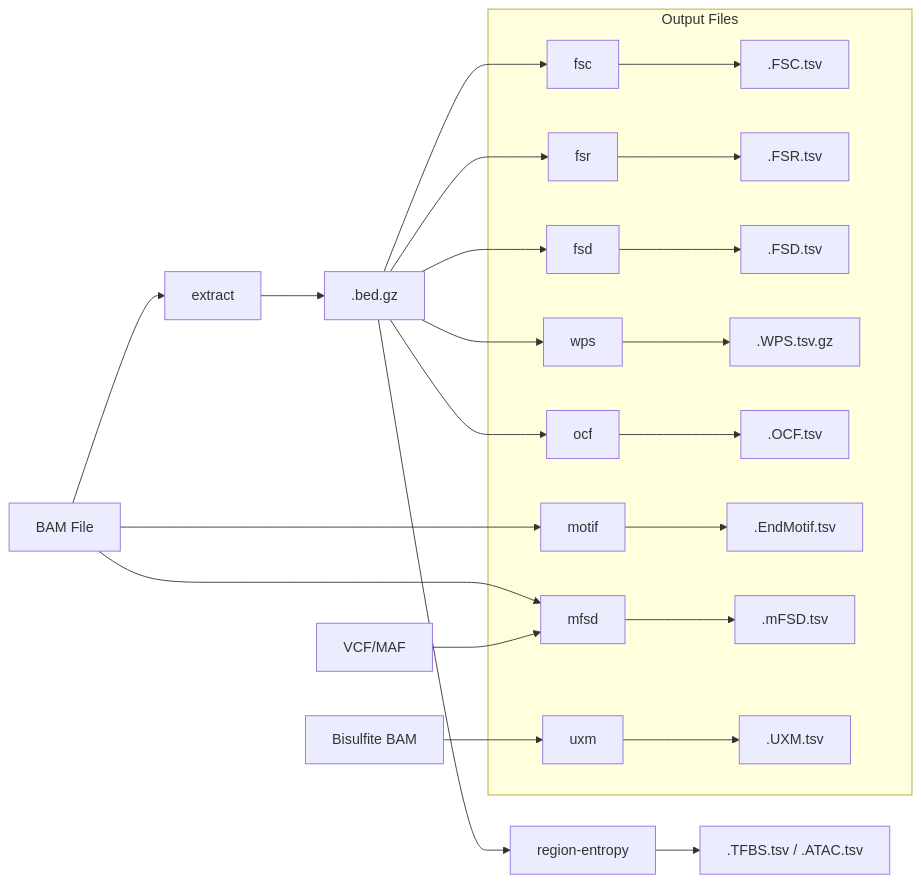
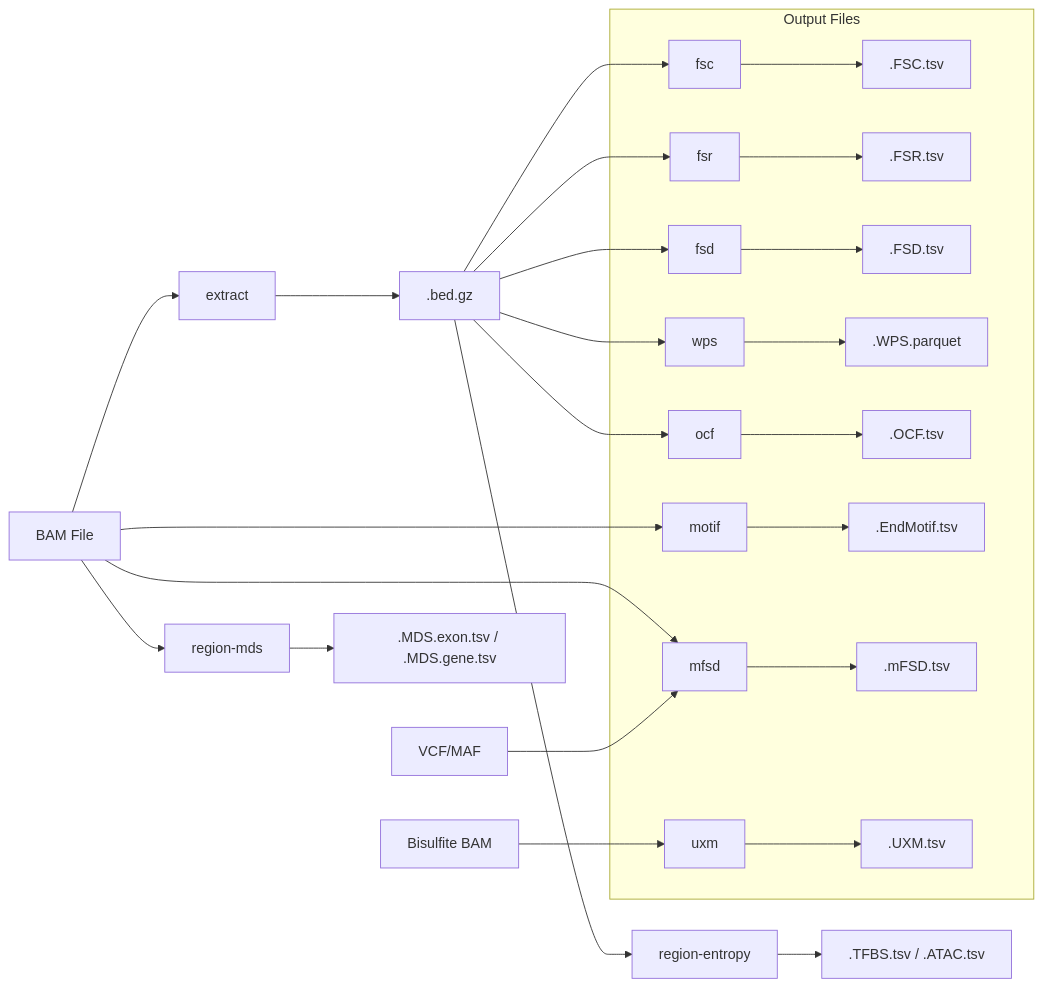
The diagram in docs/features/index.md (msk-access/krewlyzer), drawn with Mermaid before and after one commit. The commit also changed other lines of this file and 115 other files, not shown here.

````diff
--- a/docs/features/index.md
+++ b/docs/features/index.md
@@ -25,31 +25,33 @@
 ```mermaid
 flowchart LR
     BAM[BAM File] --> extract
     extract --> BED[.bed.gz]
     BAM --> motif
     
     BED --> fsc
     BED --> fsr
     BED --> fsd
     BED --> wps
     BED --> ocf
     
     BAM --> mfsd
     VCF[VCF/MAF] --> mfsd
     
     BS_BAM[Bisulfite BAM] --> uxm
     
     subgraph outputs[Output Files]
         fsc --> FSC[.FSC.tsv]
         fsr --> FSR[.FSR.tsv]
         fsd --> FSD[.FSD.tsv]
-        wps --> WPS[.WPS.tsv.gz]
+        wps --> WPS[.WPS.parquet]
         ocf --> OCF[.OCF.tsv]
         motif --> MOTIF[.EndMotif.tsv]
         mfsd --> MFSD[.mFSD.tsv]
         uxm --> UXM[.UXM.tsv]
     end
     
     BED --> tfbs[region-entropy]
+    BAM --> rmds[region-mds]
     tfbs --> TFBS[.TFBS.tsv / .ATAC.tsv]
+    rmds --> RMDS2[.MDS.exon.tsv / .MDS.gene.tsv]
 ```
````
